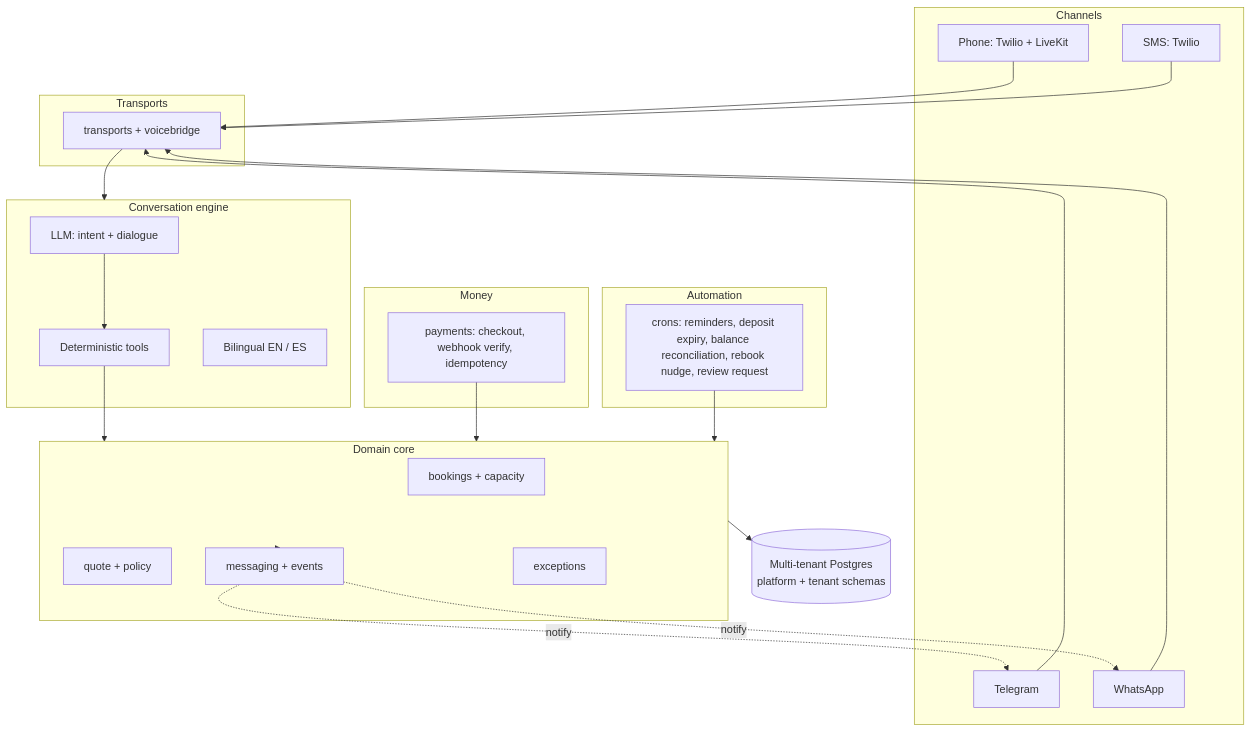
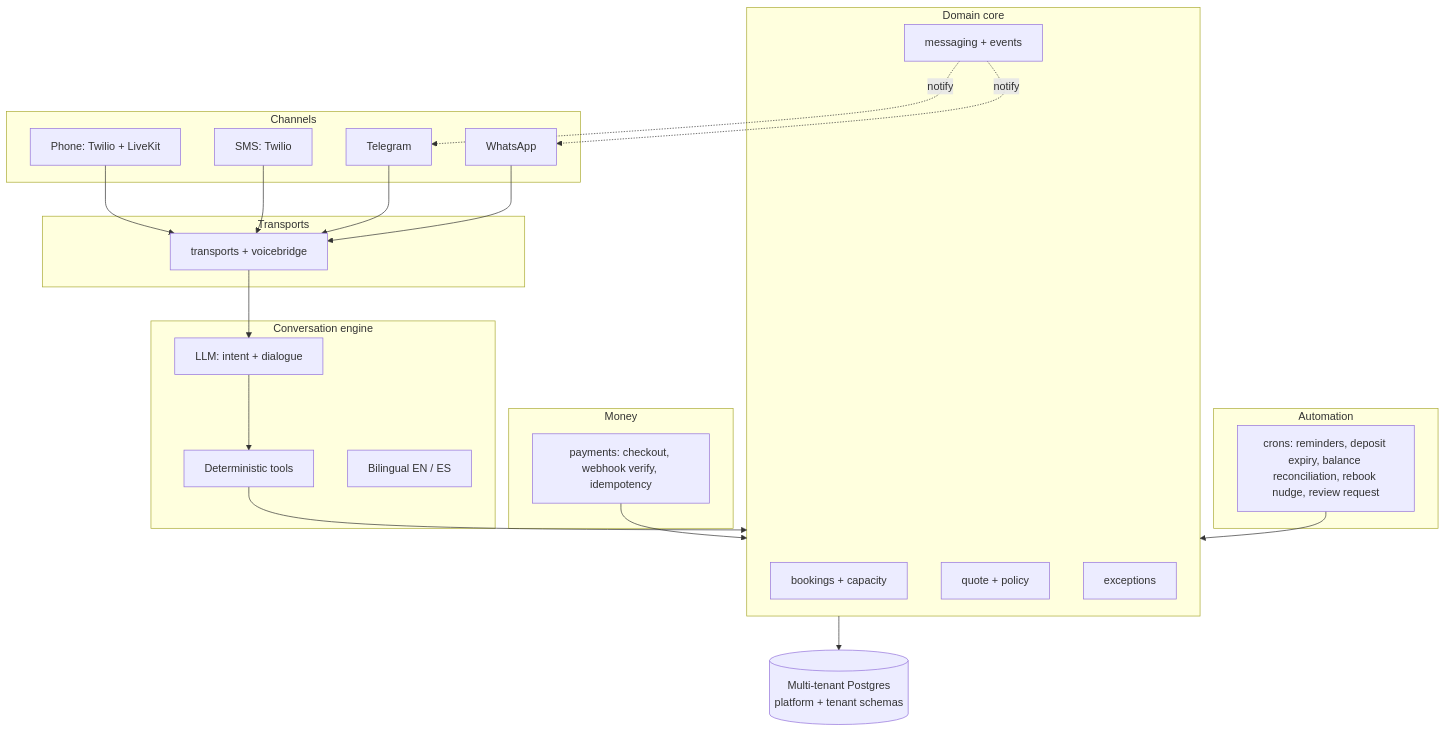
The second of 2 diagrams in README.md (shawnj6909-oss/front-desk-crm-v5), drawn with Mermaid before and after one commit.

Commit message:
Add Front Desk CRM showcase README

````diff
--- a/README.md
+++ b/README.md
@@ -56,50 +56,49 @@
 ```mermaid
 graph TD
     subgraph Channels
         VOICE[Phone: Twilio + LiveKit]
         SMS[SMS: Twilio]
         TG[Telegram]
         WA[WhatsApp]
     end
 
     subgraph Transports
         T[transports + voicebridge]
     end
 
     subgraph Engine[Conversation engine]
         LLM[LLM: intent + dialogue]
         TOOLS[Deterministic tools]
         LANG[Bilingual EN / ES]
     end
 
     subgraph Core[Domain core]
         BOOK[bookings + capacity]
         QUOTE[quote + policy]
         MSG[messaging + events]
         EXC[exceptions]
     end
 
     subgraph Money
         STRIPE[payments: checkout, webhook verify, idempotency]
     end
 
     subgraph Automation
         CR[crons: reminders, deposit expiry, balance reconciliation, rebook nudge, review request]
     end
 
     DB[(Multi-tenant Postgres<br/>platform + tenant schemas)]
 
     VOICE --> T
     SMS --> T
     TG --> T
     WA --> T
-    T --> Engine
+    T --> LLM
     LLM --> TOOLS
     TOOLS --> Core
     Core --> DB
     STRIPE --> Core
     CR --> Core
-    Core --> MSG
     MSG -. notify .-> TG
     MSG -. notify .-> WA
 ```
````
